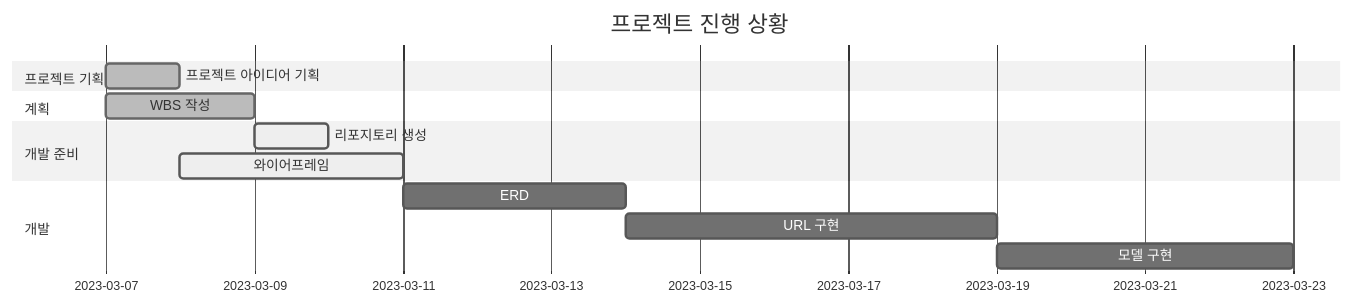
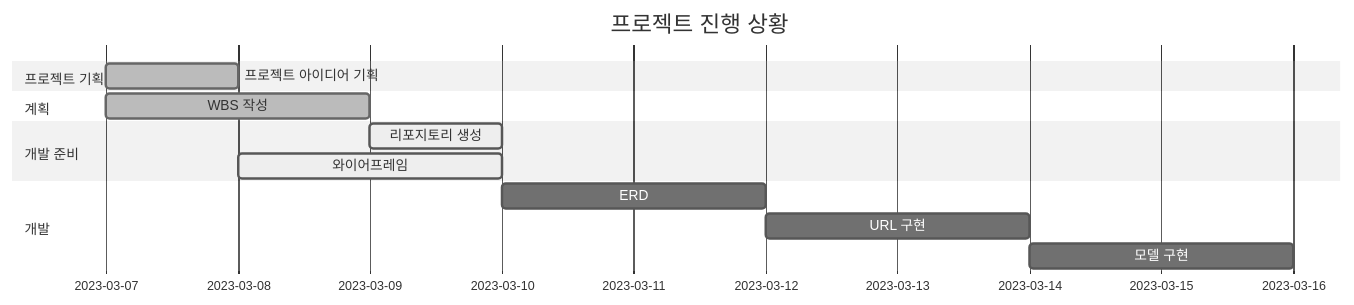
One commit to YooJi3un/Booklog changed the diagram in README.md. Above: the diagram before and after it, drawn with Mermaid (neutral theme).

````diff
--- a/README.md
+++ b/README.md
@@ -23,21 +23,21 @@
 ```mermaid
 gantt
     dateFormat  YYYY-MM-DD
     title 프로젝트 진행 상황
 
     section 프로젝트 기획
     프로젝트 아이디어 기획    :done,    des1, 2023-03-07, 1d
     
     section 계획
     WBS 작성   :done,    des2, 2023-03-07, 2d
     
     section 개발 준비
     리포지토리 생성 :active,  des3, 2023-03-09, 1d
-    와이어프레임      :active, des4, 2023-03-08, 3d
+    와이어프레임      :active, des4, 2023-03-08, 2d
     
     section 개발
-    ERD          :         des5, after des4, 3d
-    URL 구현        :         des6, after des5, 5d
-    모델 구현       :         des7, after des6, 4d
+    ERD          :         des5, after des4, 2d
+    URL 구현        :         des6, after des5, 2d
+    모델 구현       :         des7, after des6, 2d
 
 ```
````
